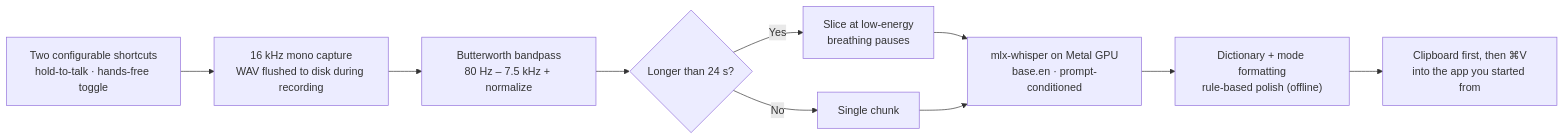
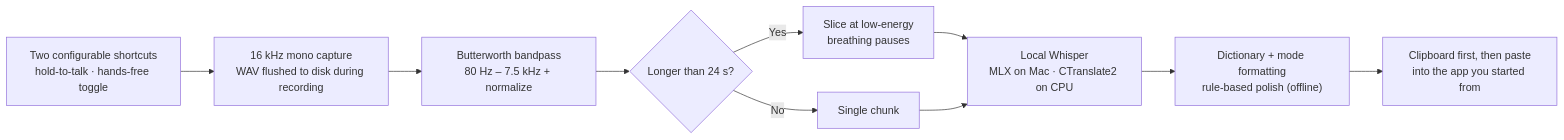
Before and after one commit to abrar225/FixoFlow: the first of 2 diagrams in README.md, drawn with Mermaid. The commit also changed other lines of this file and 37 other files, not shown here.

````diff
--- a/README.md
+++ b/README.md
@@ -32,12 +34,12 @@
 ```mermaid
 flowchart LR
     A["Two configurable shortcuts<br/>hold-to-talk · hands-free toggle"] --> B["16 kHz mono capture<br/>WAV flushed to disk during recording"]
     B --> C["Butterworth bandpass<br/>80 Hz – 7.5 kHz + normalize"]
     C --> D{"Longer than 24 s?"}
     D -- Yes --> E["Slice at low-energy<br/>breathing pauses"]
     D -- No --> F["Single chunk"]
-    E --> G["mlx-whisper on Metal GPU<br/>base.en · prompt-conditioned"]
+    E --> G["Local Whisper<br/>MLX on Mac · CTranslate2 on CPU"]
     F --> G
     G --> H["Dictionary + mode formatting<br/>rule-based polish (offline)"]
-    H --> I["Clipboard first, then ⌘V<br/>into the app you started from"]
+    H --> I["Clipboard first, then paste<br/>into the app you started from"]
 ```
````
